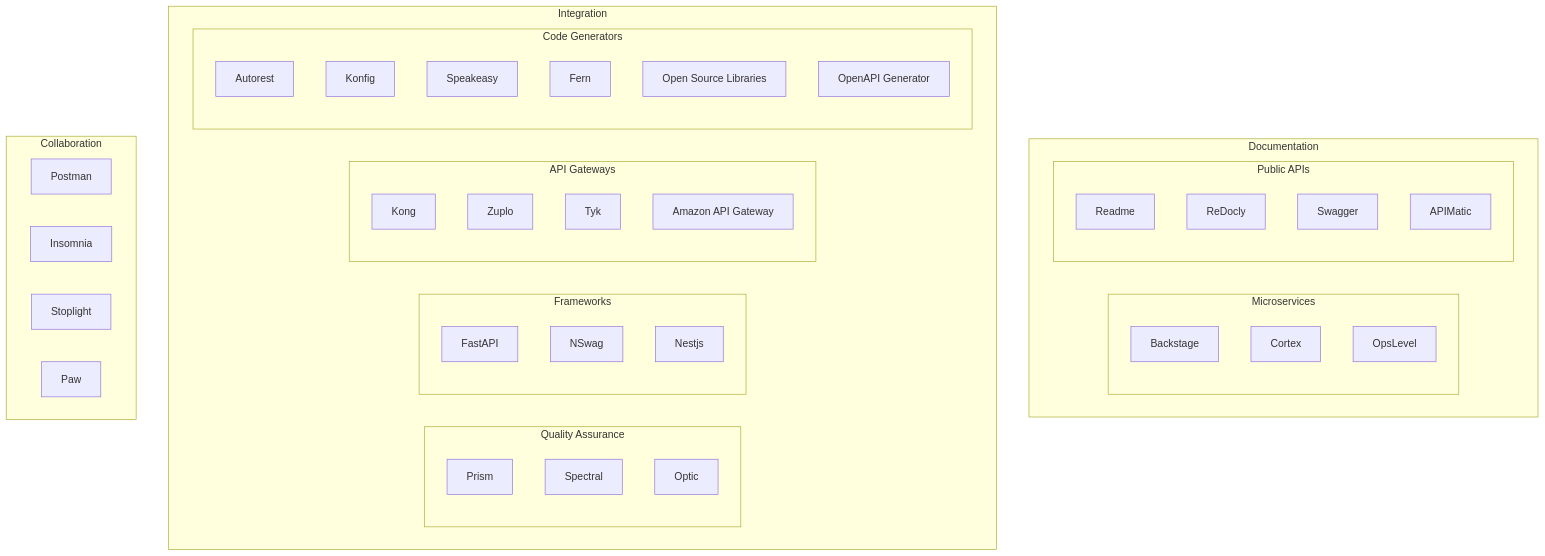
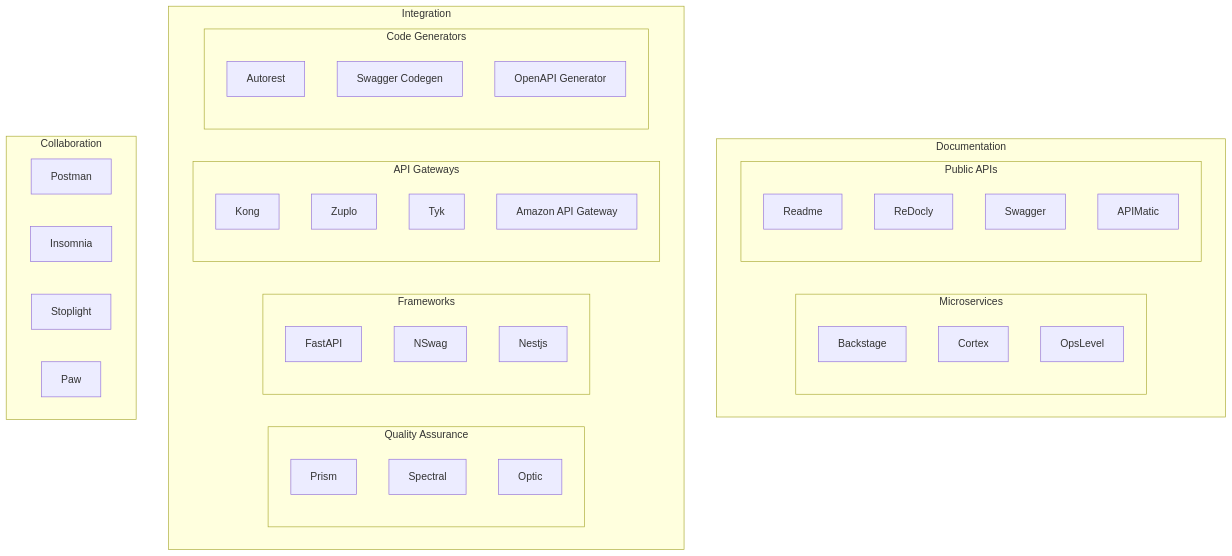
One commit to taneron/konfig changed the fourth of 4 diagrams in generator/konfig-docs/blog/2023/07/11-openapi.mdx. Above: the diagram before and after it, drawn with Mermaid. The commit also changed other lines of this file, not shown here.

````diff
--- a/generator/konfig-docs/blog/2023/07/11-openapi.mdx
+++ b/generator/konfig-docs/blog/2023/07/11-openapi.mdx
@@ -151,48 +151,45 @@
 ```mermaid
 flowchart TD
     subgraph Documentation
         subgraph Microservices
             Backstage
             Cortex
             OpsLevel
         end
         subgraph Public APIs
             Readme
             ReDocly
             Swagger
             APIMatic
         end
     end
     subgraph Integration
         subgraph Quality Assurance
             Prism
             Spectral
             Optic
         end
         subgraph Frameworks
             FastAPI
             NSwag
             Nestjs
         end
         subgraph API Gateways
             Kong
             Zuplo
             Tyk
             AAG[Amazon API Gateway]
         end
         subgraph Code Generators
             Autorest
-            Konfig
-            Speakeasy
-            Fern
-            OSL[Open Source Libraries]
+            SG[Swagger Codegen]
             OAG[OpenAPI Generator]
         end
     end
     subgraph Collaboration
         Postman
         Insomnia
         Stoplight
         Paw
     end
 ```
````
